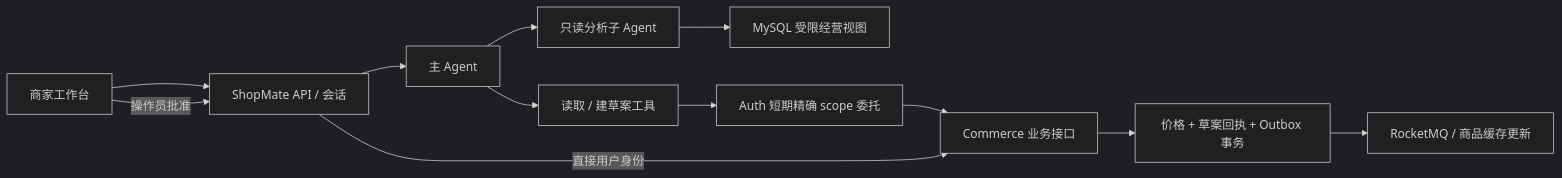
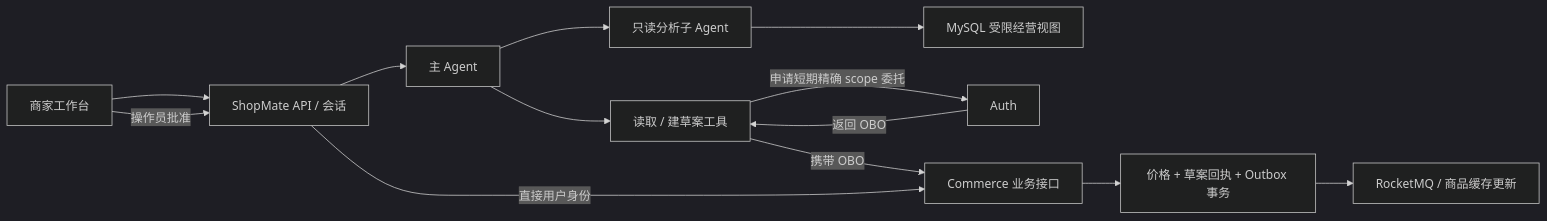
The diagram in README.md (ChanTso/shopmate), drawn with Mermaid (dark theme) before and after one commit. The commit also changed other lines of this file and 12 other files, not shown here.

````diff
--- a/README.md
+++ b/README.md
@@ -14,14 +16,15 @@
 ```mermaid
 flowchart LR
   UI[商家工作台] --> Host[ShopMate API / 会话]
   Host --> Main[主 Agent]
   Main --> Analysis[只读分析子 Agent]
   Analysis --> Views[MySQL 受限经营视图]
   Main --> Tools[读取 / 建草案工具]
-  Tools --> Auth[Auth 短期精确 scope 委托]
-  Auth --> Java[Commerce 业务接口]
+  Tools -->|申请短期精确 scope 委托| Auth[Auth]
+  Auth -->|返回 OBO| Tools
+  Tools -->|携带 OBO| Java[Commerce 业务接口]
   UI -->|操作员批准| Host
   Host -->|直接用户身份| Java
   Java --> TX[价格 + 草案回执 + Outbox 事务]
   TX --> Cache[RocketMQ / 商品缓存更新]
 ```
````
